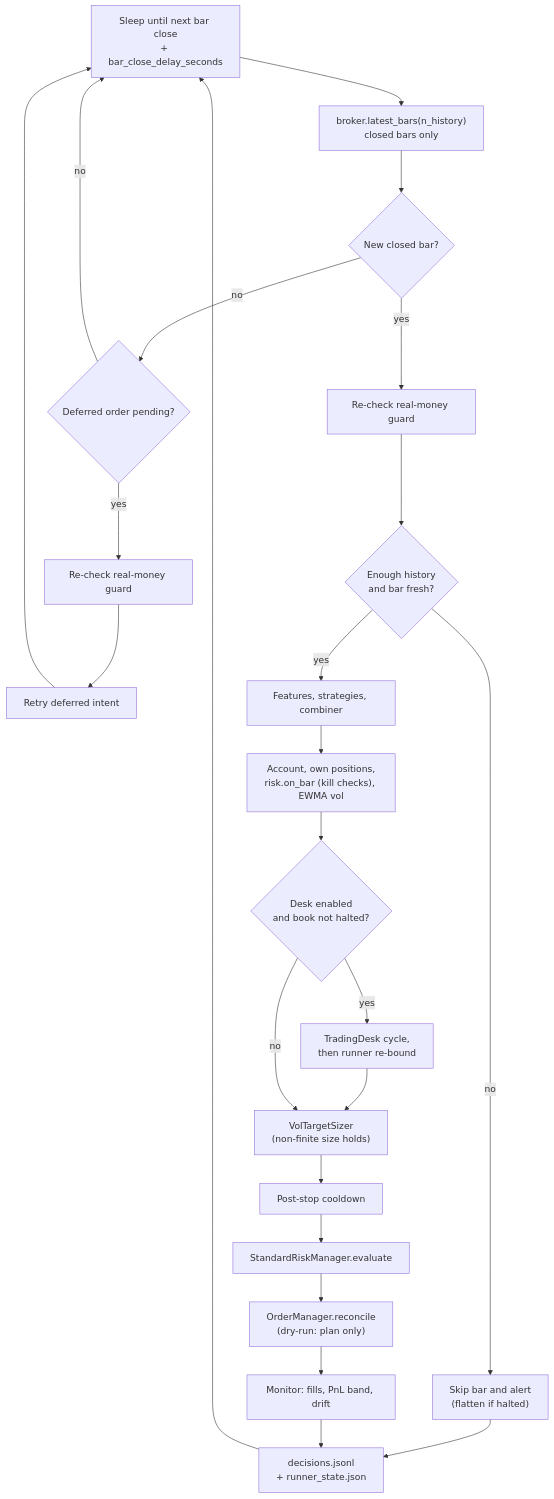
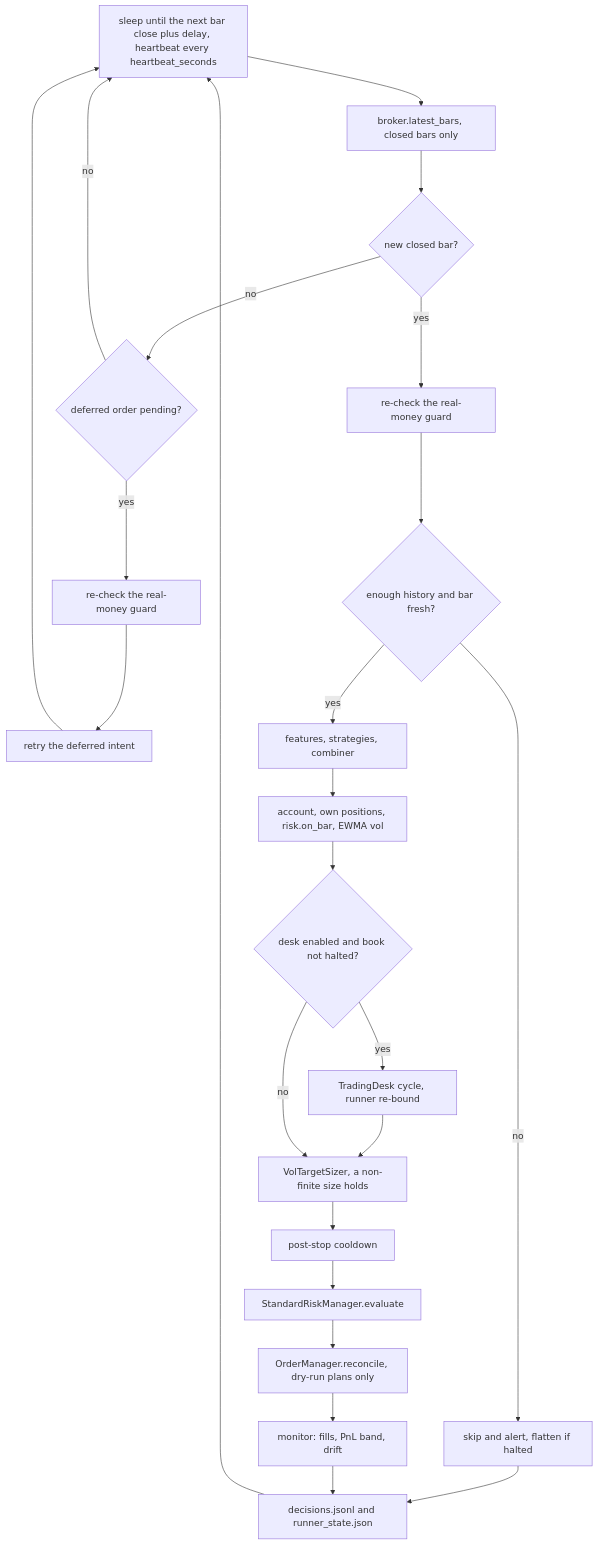
The third of 8 diagrams in docs/live-trading.md (zero-was-here/tradingbot), drawn with Mermaid before and after one commit. The commit also changed other lines of this file and 302 other files, not shown here.

First line of the commit message:
Docs v2.1: math, diagrams and real-data figures for every algorithm

````diff
--- a/docs/live-trading.md
+++ b/docs/live-trading.md
@@ -408,19 +260,19 @@
 ```mermaid
 flowchart TD
-  W["Sleep until next bar close<br/>+ bar_close_delay_seconds"] --> B["broker.latest_bars(n_history)<br/>closed bars only"]
-  B --> N{"New closed bar?"}
-  N -- no --> P{"Deferred order pending?"}
-  P -- yes --> G1["Re-check real-money guard"] --> TP["Retry deferred intent"] --> W
+  W["sleep until the next bar close plus delay, heartbeat every heartbeat_seconds"] --> B["broker.latest_bars, closed bars only"]
+  B --> N{"new closed bar?"}
+  N -- no --> P{"deferred order pending?"}
+  P -- yes --> G1["re-check the real-money guard"] --> TP["retry the deferred intent"] --> W
   P -- no --> W
-  N -- yes --> G2["Re-check real-money guard"]
-  G2 --> H{"Enough history<br/>and bar fresh?"}
-  H -- no --> SK["Skip bar and alert<br/>(flatten if halted)"] --> LOG
-  H -- yes --> SIG["Features, strategies, combiner"]
-  SIG --> ACC["Account, own positions,<br/>risk.on_bar (kill checks), EWMA vol"]
-  ACC --> D{"Desk enabled<br/>and book not halted?"}
-  D -- yes --> DESK["TradingDesk cycle,<br/>then runner re-bound"] --> SZ
-  D -- no --> SZ["VolTargetSizer<br/>(non-finite size holds)"]
-  SZ --> CD["Post-stop cooldown"] --> RM["StandardRiskManager.evaluate"]
-  RM --> OMS["OrderManager.reconcile<br/>(dry-run: plan only)"]
-  OMS --> MON["Monitor: fills, PnL band, drift"] --> LOG["decisions.jsonl<br/>+ runner_state.json"] --> W
+  N -- yes --> G2["re-check the real-money guard"]
+  G2 --> H{"enough history and bar fresh?"}
+  H -- no --> SK["skip and alert, flatten if halted"] --> LOG
+  H -- yes --> SIG["features, strategies, combiner"]
+  SIG --> ACC["account, own positions, risk.on_bar, EWMA vol"]
+  ACC --> D{"desk enabled and book not halted?"}
+  D -- yes --> DESK["TradingDesk cycle, runner re-bound"] --> SZ
+  D -- no --> SZ["VolTargetSizer, a non-finite size holds"]
+  SZ --> CD["post-stop cooldown"] --> RM["StandardRiskManager.evaluate"]
+  RM --> OMS["OrderManager.reconcile, dry-run plans only"]
+  OMS --> MON["monitor: fills, PnL band, drift"] --> LOG["decisions.jsonl and runner_state.json"] --> W
 ```
````
